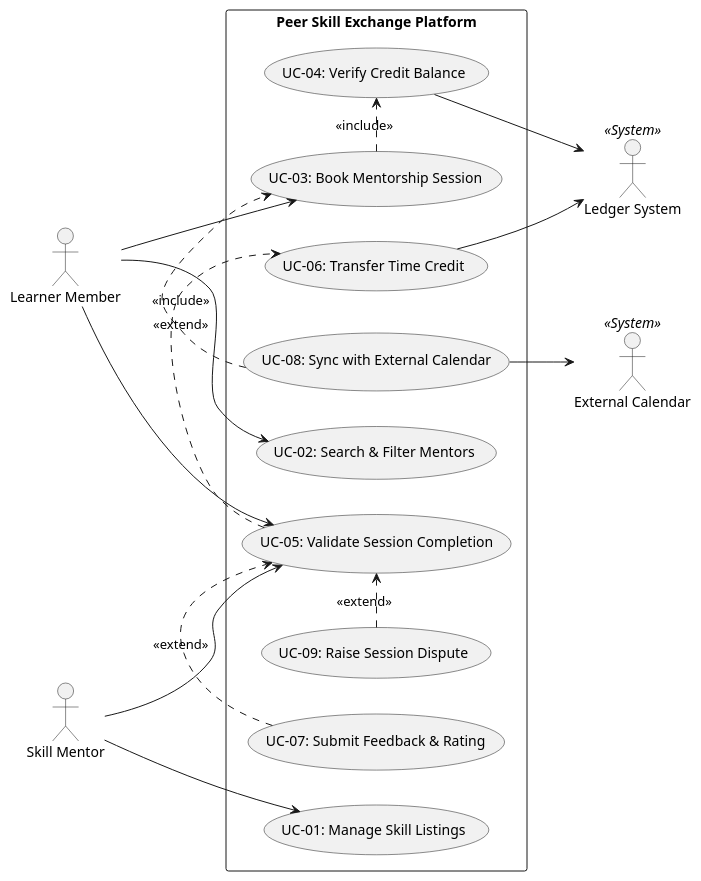
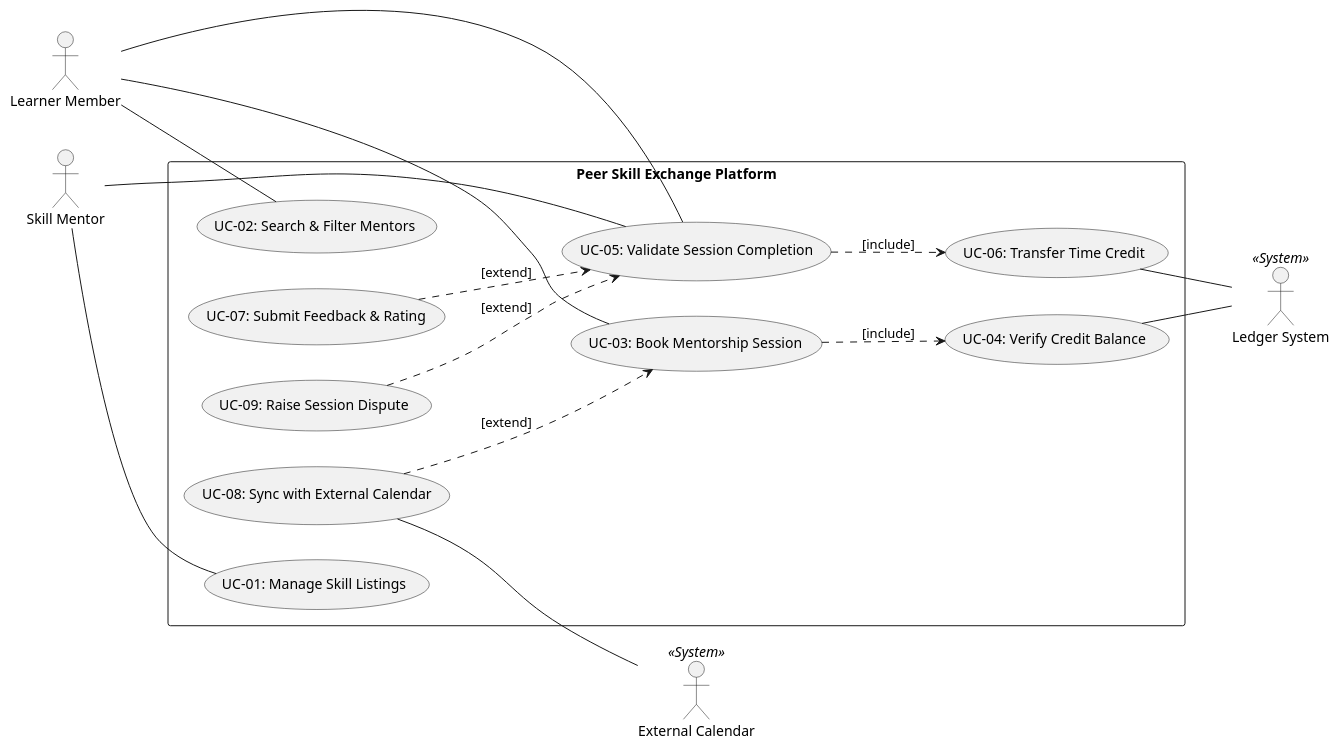
One commit to ChigilarNishanth/SE-Lab-1_Activity changed the diagram in diagrams/use_case_diagram.puml. Above: the diagram before and after it, drawn with PlantUML. The commit also changed 1 other file, not shown here.

Commit message:
refactor: clean up PlantUML use-case diagram layout and add png

```diff
--- a/diagrams/use_case_diagram.puml
+++ b/diagrams/use_case_diagram.puml
@@ -1,39 +1,56 @@
 @startuml
 left to right direction
 skinparam packageStyle rectangle
+skinparam shadowing false
+skinparam monochrome false
+skinparam defaultTextAlignment center
 
+' Primary Actors
 actor "Learner Member" as Learner
 actor "Skill Mentor" as Mentor
+
+rectangle "Peer Skill Exchange Platform" {
+  
+  ' Learner Flow
+  usecase "UC-02: Search & Filter Mentors" as UC2
+  usecase "UC-03: Book Mentorship Session" as UC3
+  usecase "UC-04: Verify Credit Balance" as UC4
+  usecase "UC-08: Sync with External Calendar" as UC8
+
+  ' Completion & Validation Flow
+  usecase "UC-05: Validate Session Completion" as UC5
+  usecase "UC-06: Transfer Time Credit" as UC6
+  usecase "UC-07: Submit Feedback & Rating" as UC7
+  usecase "UC-09: Raise Session Dispute" as UC9
+
+  ' Mentor Flow
+  usecase "UC-01: Manage Skill Listings" as UC1
+}
+
+' External Systems
 actor "Ledger System" as Ledger <<System>>
 actor "External Calendar" as Calendar <<System>>
 
-rectangle "Peer Skill Exchange Platform" {
-  usecase "UC-01: Manage Skill Listings" as UC1
-  usecase "UC-02: Search & Filter Mentors" as UC2
-  usecase "UC-03: Book Mentorship Session" as UC3
-  usecase "UC-04: Verify Credit Balance" as UC4
-  usecase "UC-05: Validate Session Completion" as UC5
-  usecase "UC-06: Transfer Time Credit" as UC6
-  usecase "UC-07: Submit Feedback & Rating" as UC7
-  usecase "UC-08: Sync with External Calendar" as UC8
-  usecase "UC-09: Raise Session Dispute" as UC9
-}
+' Primary Actor Associations
+Learner -- UC2
+Learner -- UC3
+Learner -- UC5
 
-Mentor --> UC1
-Learner --> UC2
-Learner --> UC3
-Learner --> UC5
-Mentor --> UC5
+Mentor -- UC5
+Mentor -- UC1
 
-UC3 .> UC4 : <<include>>
-UC5 .> UC6 : <<include>>
+' <<include>> Relationships
+UC3 ..> UC4 : [include]
+UC5 ..> UC6 : [include]
 
-UC8 .> UC3 : <<extend>>
-UC7 .> UC5 : <<extend>>
-UC9 .> UC5 : <<extend>>
+' <<extend>> Relationships
+UC8 ..> UC3 : [extend]
+UC7 ..> UC5 : [extend]
+UC9 ..> UC5 : [extend]
 
-UC4 --> Ledger
-UC6 --> Ledger
-UC8 --> Calendar
+' External System Associations
+UC4 -- Ledger
+UC6 -- Ledger
+UC8 -- Calendar
 
 @enduml
```
